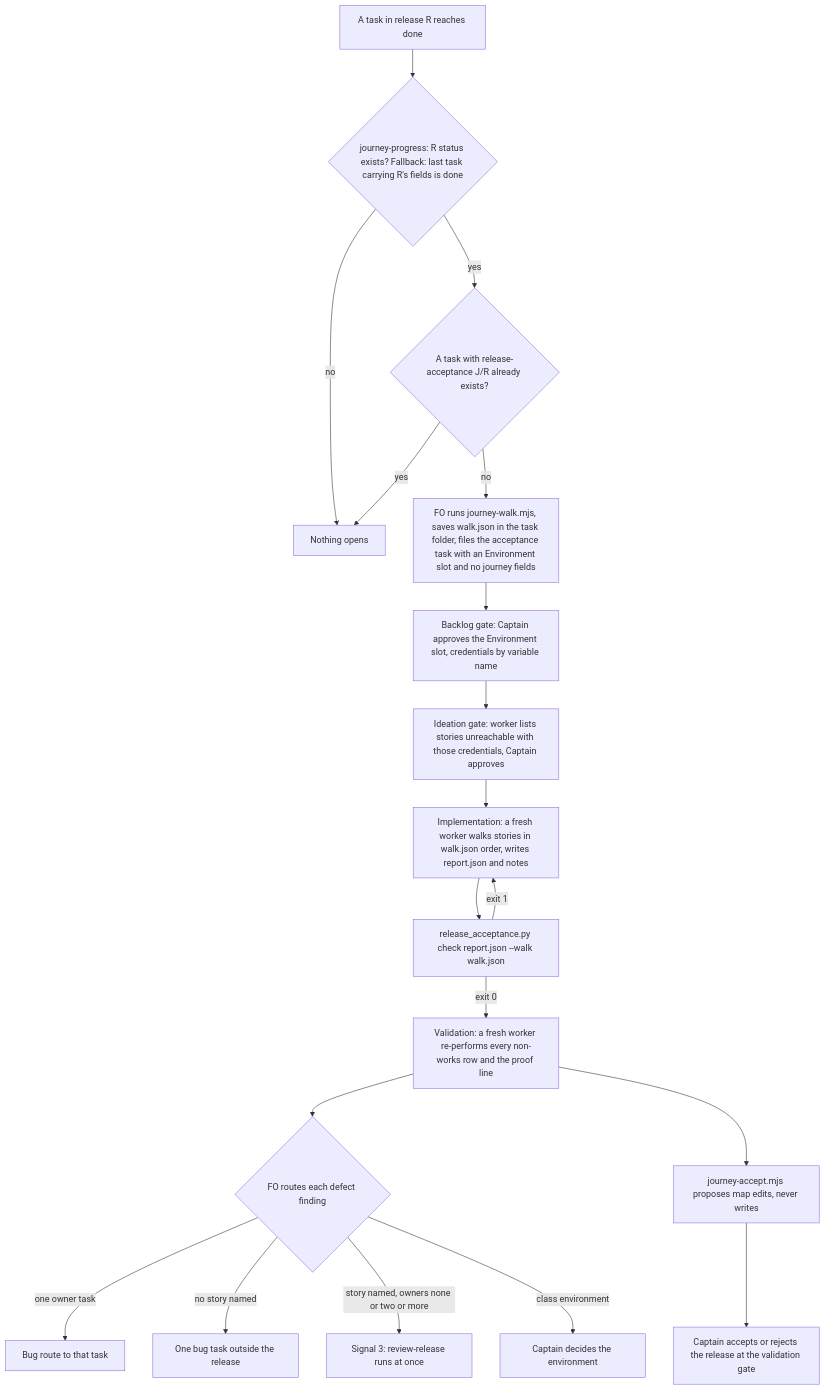
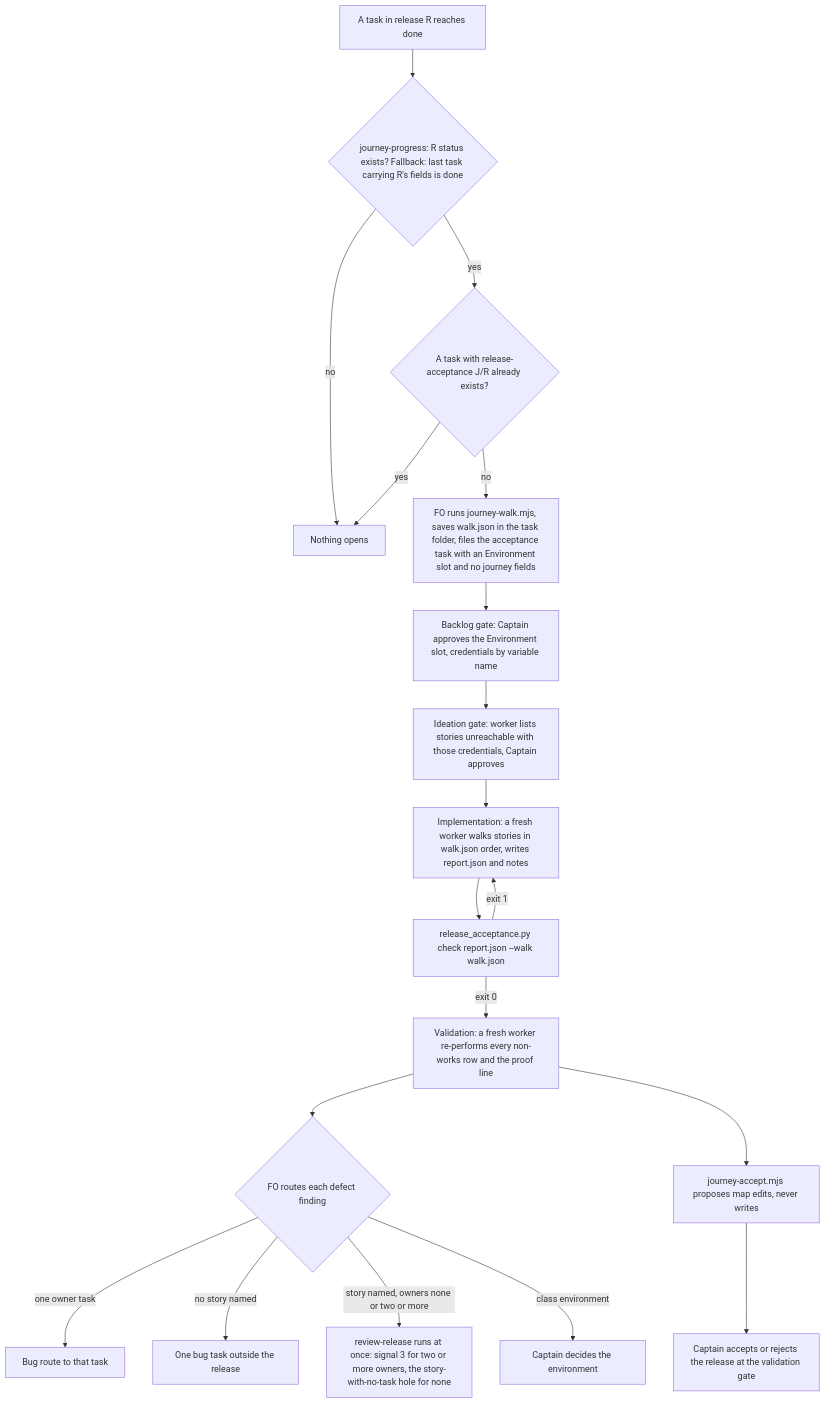
The first of 2 diagrams in release-acceptance/index.md (iamcxa/kc-claude-plugins), drawn with Mermaid before and after one commit. The commit also changed other lines of this file, not shown here.

Commit message:
docs(release-acceptance): align check order, API-story entry, review-release routing

````diff
--- a/release-acceptance/index.md
+++ b/release-acceptance/index.md
@@ -64,21 +64,21 @@
 ```mermaid
 flowchart TD
     T["A task in release R reaches done"] --> P{"journey-progress: R status exists? Fallback: last task carrying R's fields is done"}
     P -- no --> N["Nothing opens"]
     P -- yes --> Q{"A task with release-acceptance J/R already exists?"}
     Q -- yes --> N
     Q -- no --> F["FO runs journey-walk.mjs, saves walk.json in the task folder, files the acceptance task with an Environment slot and no journey fields"]
     F --> G1["Backlog gate: Captain approves the Environment slot, credentials by variable name"]
     G1 --> G2["Ideation gate: worker lists stories unreachable with those credentials, Captain approves"]
     G2 --> W["Implementation: a fresh worker walks stories in walk.json order, writes report.json and notes"]
     W --> C["release_acceptance.py check report.json --walk walk.json"]
     C -- "exit 1" --> W
     C -- "exit 0" --> V["Validation: a fresh worker re-performs every non-works row and the proof line"]
     V --> R{"FO routes each defect finding"}
     R -- "one owner task" --> B1["Bug route to that task"]
     R -- "no story named" --> B2["One bug task outside the release"]
-    R -- "story named, owners none or two or more" --> S3["Signal 3: review-release runs at once"]
+    R -- "story named, owners none or two or more" --> S3["review-release runs at once: signal 3 for two or more owners, the story-with-no-task hole for none"]
     R -- "class environment" --> E["Captain decides the environment"]
     V --> M["journey-accept.mjs proposes map edits, never writes"]
     M --> A["Captain accepts or rejects the release at the validation gate"]
 ```
````
